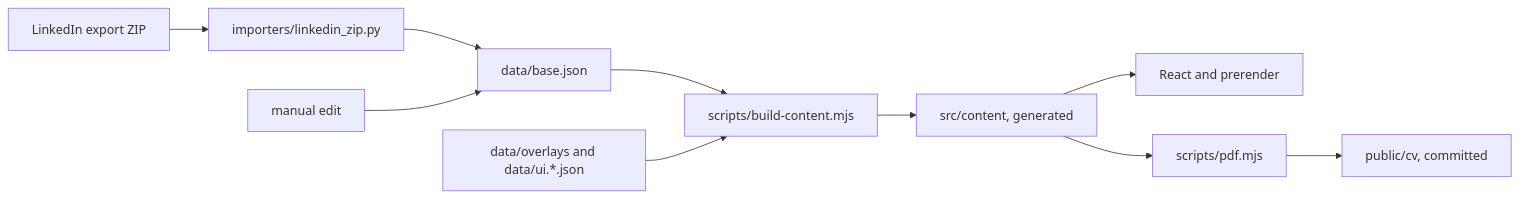
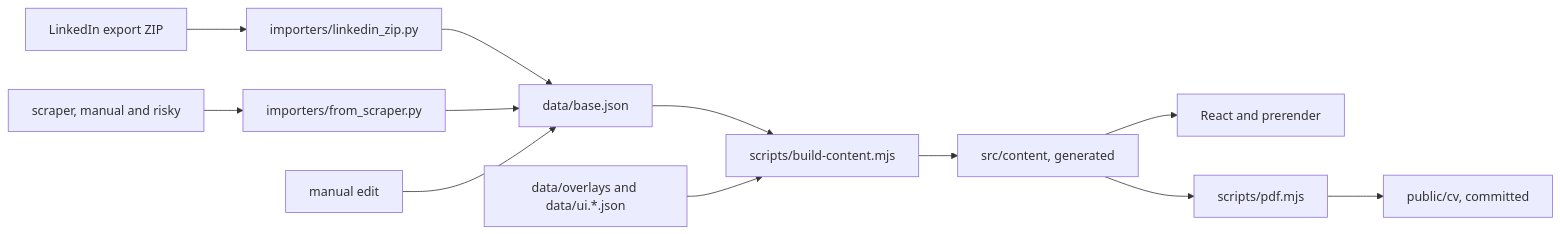
The diagram in README.md (GDelpo/cv-online), drawn with Mermaid before and after one commit. The commit also changed other lines of this file, not shown here.

First line of the commit message:
docs(readme): document the export and scraper paths with a warning

````diff
--- a/README.md
+++ b/README.md
@@ -40,12 +40,14 @@
 ```mermaid
 flowchart LR
   zip[LinkedIn export ZIP] --> importer[importers/linkedin_zip.py]
+  scraper[scraper, manual and risky] --> from[importers/from_scraper.py]
   importer --> base[data/base.json]
+  from --> base
   hand[manual edit] --> base
   base --> build[scripts/build-content.mjs]
   overlays[data/overlays and data/ui.*.json] --> build
   build --> content[src/content, generated]
   content --> app[React and prerender]
   content --> pdf[scripts/pdf.mjs]
   pdf --> cv[public/cv, committed]
 ```
````
